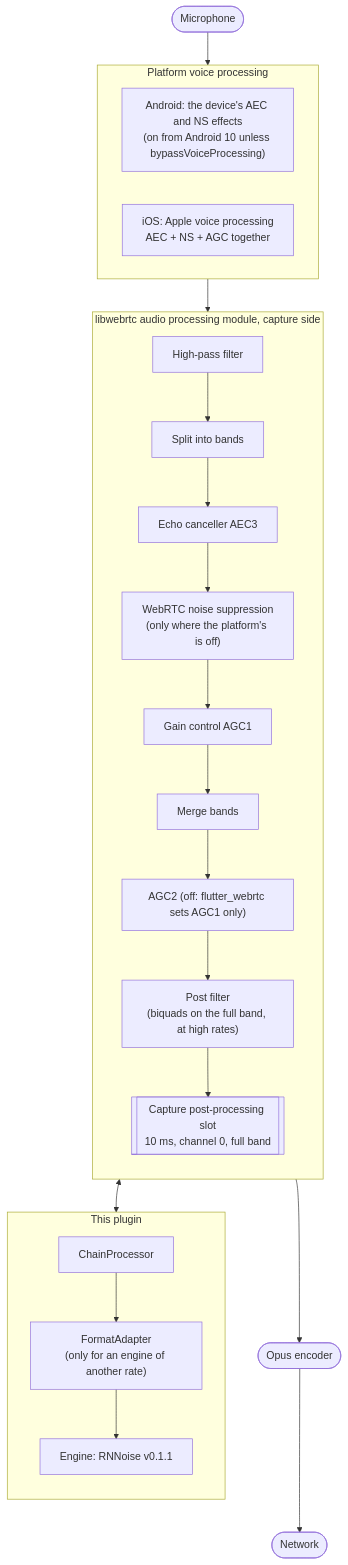
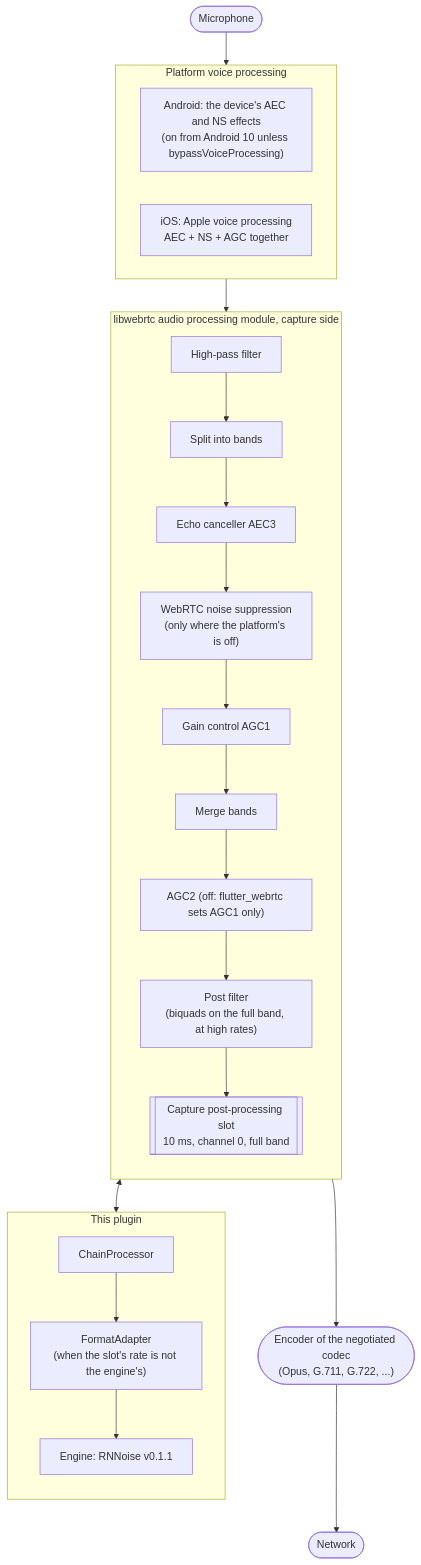
The diagram in README.md (SERDUN/flutter_webrtc_noise_suppression), drawn with Mermaid before and after one commit. The commit also changed other lines of this file and 9 other files, not shown here.

First line of the commit message:
feat: denoise 16 kHz calls through the format adapter

````diff
--- a/README.md
+++ b/README.md
@@ -7,20 +7,20 @@
 ```mermaid
 flowchart TB
     mic([Microphone]) --> platform
     subgraph platform [Platform voice processing]
         android_hw["Android: the device's AEC and NS effects<br/>(on from Android 10 unless bypassVoiceProcessing)"]
         ios_vpio["iOS: Apple voice processing<br/>AEC + NS + AGC together"]
     end
     platform --> apm
     subgraph apm [libwebrtc audio processing module, capture side]
         direction TB
         hpf[High-pass filter] --> split[Split into bands] --> aec[Echo canceller AEC3] --> ns["WebRTC noise suppression<br/>(only where the platform's is off)"] --> agc1[Gain control AGC1] --> merge[Merge bands] --> agc2["AGC2 (off: flutter_webrtc sets AGC1 only)"] --> post["Post filter<br/>(biquads on the full band, at high rates)"] --> slot
         slot[["Capture post-processing slot<br/>10 ms, channel 0, full band"]]
     end
     slot <--> chain
     subgraph chain [This plugin]
         direction TB
-        processor[ChainProcessor] --> adapter["FormatAdapter<br/>(only for an engine of another rate)"] --> engine["Engine: RNNoise v0.1.1"]
+        processor[ChainProcessor] --> adapter["FormatAdapter<br/>(when the slot's rate is not the engine's)"] --> engine["Engine: RNNoise v0.1.1"]
     end
-    slot --> encoder([Opus encoder]) --> net([Network])
+    slot --> encoder(["Encoder of the negotiated codec<br/>(Opus, G.711, G.722, ...)"]) --> net([Network])
 ```
````
